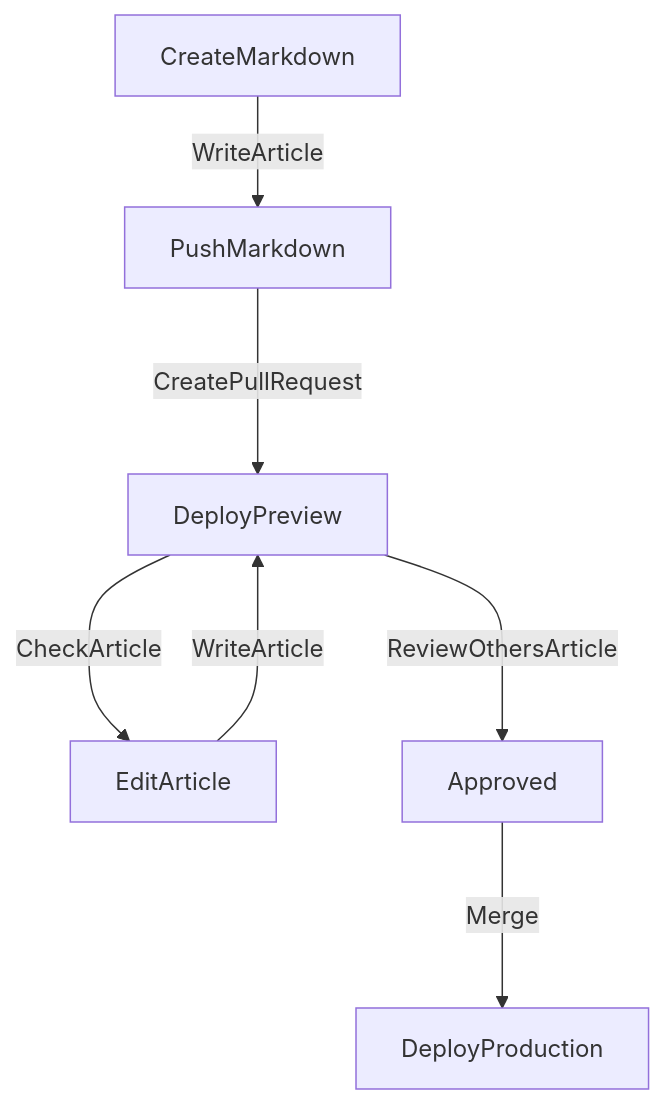
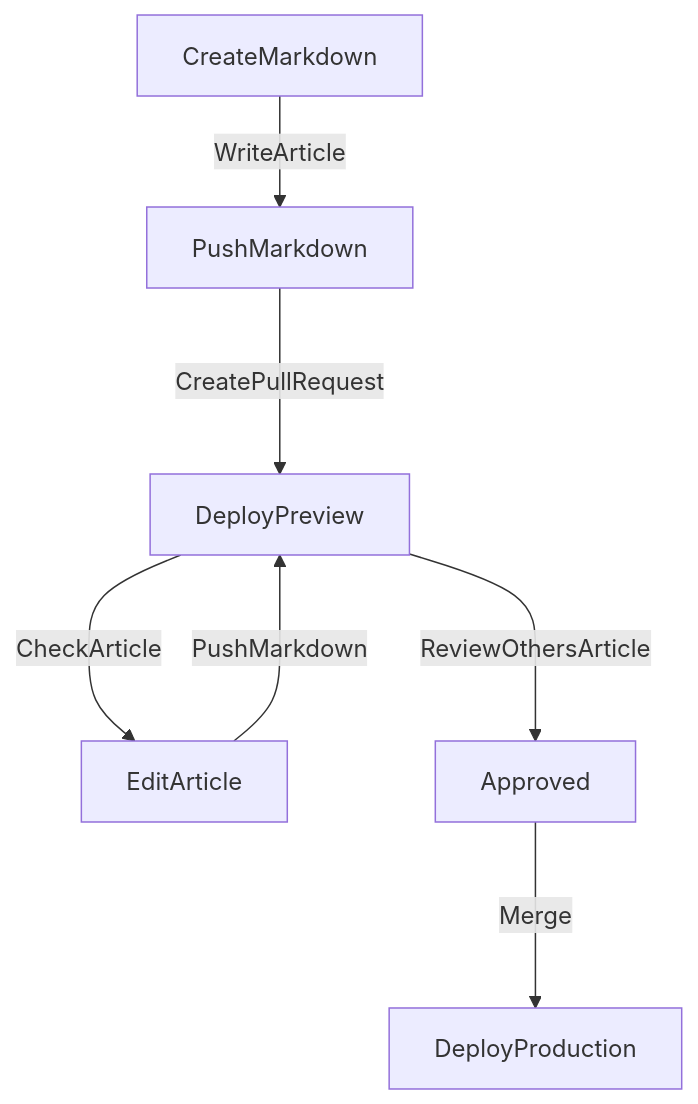
One commit to tubone24/blog changed the diagram in README.md. Above: the diagram before and after it, drawn with Mermaid.

````diff
--- a/README.md
+++ b/README.md
@@ -71,9 +71,9 @@
 ```mermaid
 flowchart TB
 CreateMarkdown -->|WriteArticle| PushMarkdown
 PushMarkdown --->|CreatePullRequest| DeployPreview
-EditArticle --->|WriteArticle| DeployPreview
+EditArticle --->|PushMarkdown| DeployPreview
 DeployPreview --->|CheckArticle| EditArticle
 DeployPreview --->|ReviewOthersArticle| Approved
 Approved --->|Merge| DeployProduction
 ```
````
